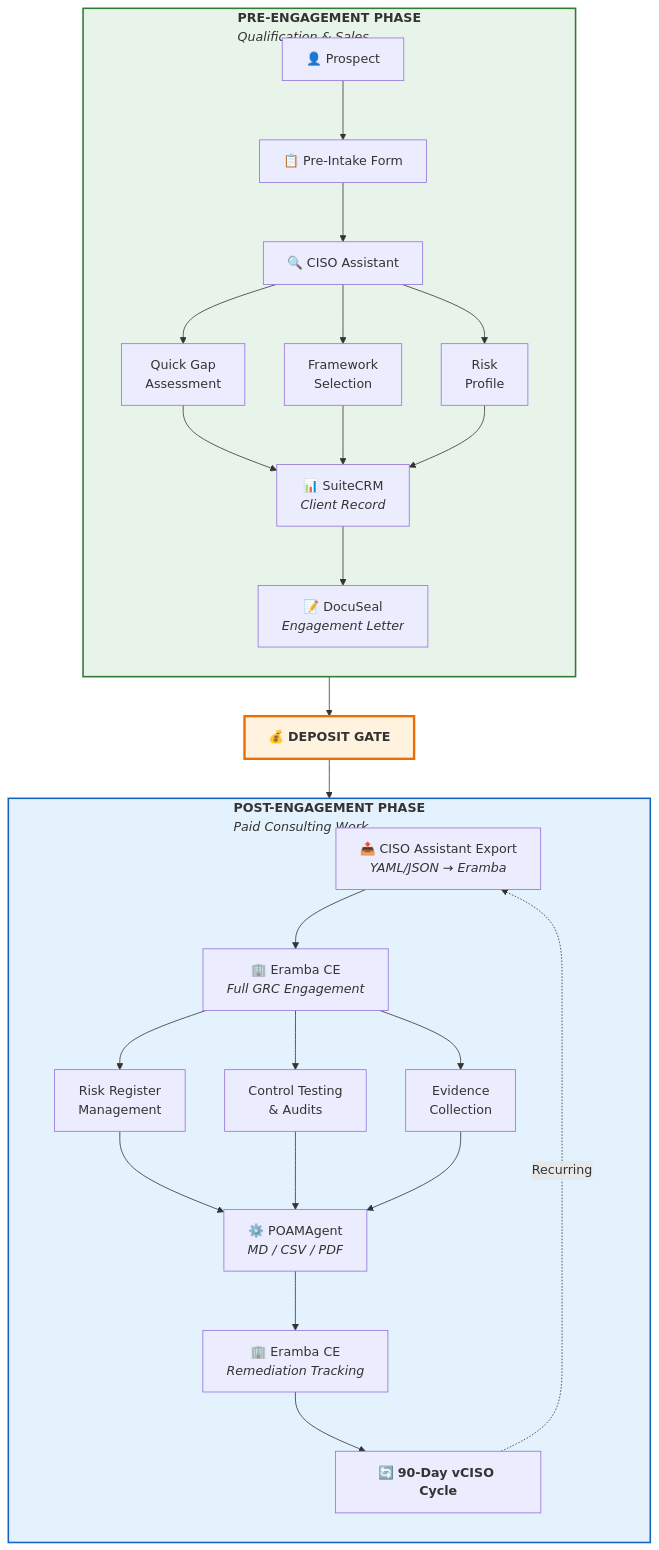
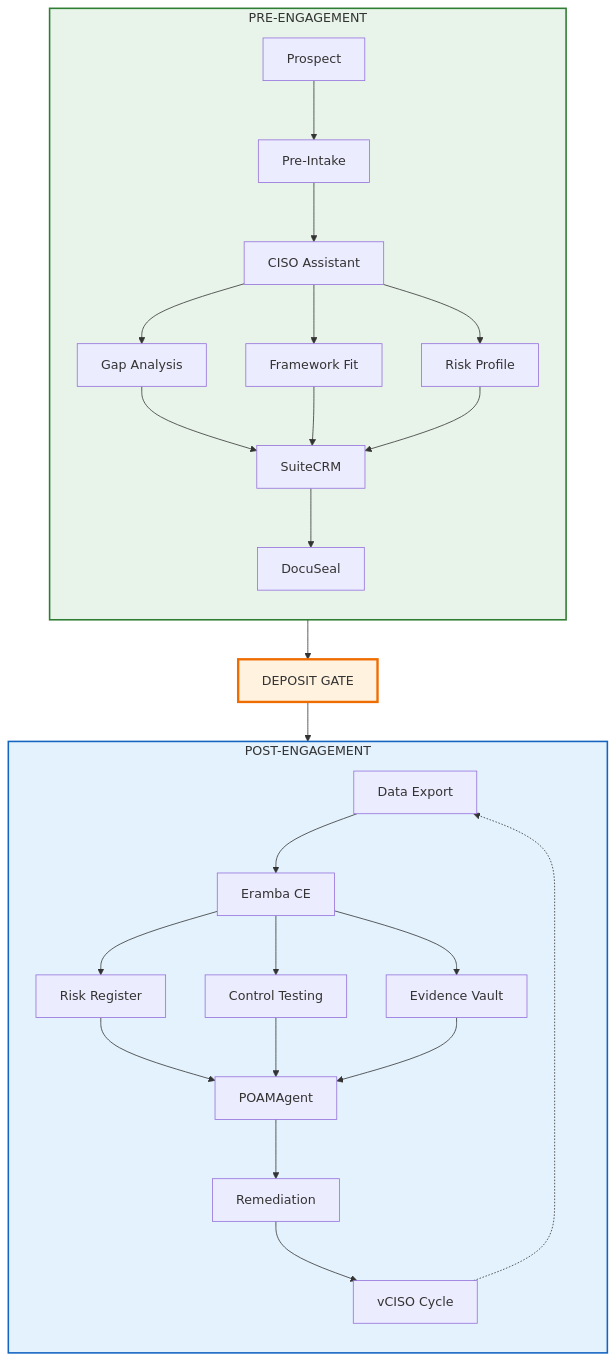
One commit to Pharns/portfolio changed the diagram in docs/cybersecurity/giap.md. Above: the diagram before and after it, drawn with Mermaid.

Commit message:
Refine Mermaid diagram: clean, professional labels
Expert panel recommendations applied:
- Remove all emojis (inconsistent cross-browser rendering)
- Shorten labels to 1-2 words max (scannable at a glance)
- Remove HTML/bold/italic formatting in nodes
- Use professional terminology consistently
- Let Mermaid styling handle visual hierarchy

Before: "📋 Pre-Intake Form" → After: "Pre-Intake"
Before: "🏢 Eramba CE<br/><i>Full GRC Engagement</i>" → After: "Eramba CE"

🤖 Generated with [Claude Code](https://claude.com/claude-code)

````diff
--- a/docs/cybersecurity/giap.md
+++ b/docs/cybersecurity/giap.md
@@ -31,46 +31,46 @@
 ```mermaid
 flowchart TB
-    subgraph PRE["<b>PRE-ENGAGEMENT PHASE</b><br/><i>Qualification & Sales</i>"]
+    subgraph PRE[PRE-ENGAGEMENT]
         direction TB
-        P["👤 Prospect"]
-        PIF["📋 Pre-Intake Form"]
-        CA["🔍 CISO Assistant"]
-        QG["Quick Gap<br/>Assessment"]
-        FS["Framework<br/>Selection"]
-        RP["Risk<br/>Profile"]
-        CRM["📊 SuiteCRM<br/><i>Client Record</i>"]
-        DS["📝 DocuSeal<br/><i>Engagement Letter</i>"]
+        P[Prospect]
+        PIF[Pre-Intake]
+        CA[CISO Assistant]
+        QG[Gap Analysis]
+        FS[Framework Fit]
+        RP[Risk Profile]
+        CRM[SuiteCRM]
+        DS[DocuSeal]
 
         P --> PIF --> CA
         CA --> QG & FS & RP
         QG & FS & RP --> CRM
         CRM --> DS
     end
 
-    DG["💰 <b>DEPOSIT GATE</b>"]
+    DG[DEPOSIT GATE]
 
-    subgraph POST["<b>POST-ENGAGEMENT PHASE</b><br/><i>Paid Consulting Work</i>"]
+    subgraph POST[POST-ENGAGEMENT]
         direction TB
-        EXP["📤 CISO Assistant Export<br/><i>YAML/JSON → Eramba</i>"]
-        ERA1["🏢 Eramba CE<br/><i>Full GRC Engagement</i>"]
-        RM["Risk Register<br/>Management"]
-        CT["Control Testing<br/>& Audits"]
-        EC["Evidence<br/>Collection"]
-        POA["⚙️ POAMAgent<br/><i>MD / CSV / PDF</i>"]
-        ERA2["🏢 Eramba CE<br/><i>Remediation Tracking</i>"]
-        VCISO["🔄 <b>90-Day vCISO Cycle</b>"]
+        EXP[Data Export]
+        ERA1[Eramba CE]
+        RM[Risk Register]
+        CT[Control Testing]
+        EC[Evidence Vault]
+        POA[POAMAgent]
+        ERA2[Remediation]
+        VCISO[vCISO Cycle]
 
         EXP --> ERA1
         ERA1 --> RM & CT & EC
         RM & CT & EC --> POA
         POA --> ERA2 --> VCISO
     end
 
     DS --> DG
     DG --> EXP
-    VCISO -.->|"Recurring"| EXP
+    VCISO -.-> EXP
 
     style PRE fill:#e8f4ea,stroke:#2e7d32,stroke-width:2px
     style POST fill:#e3f2fd,stroke:#1565c0,stroke-width:2px
     style DG fill:#fff3e0,stroke:#ef6c00,stroke-width:3px
 ```
````
